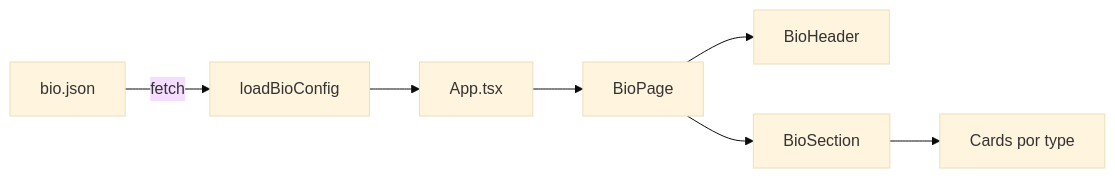
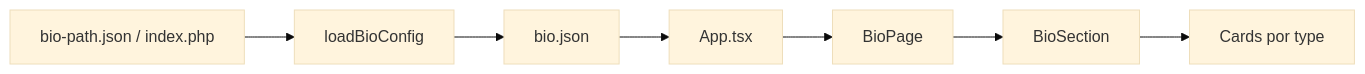
One commit to deyvidspindola/insta-bio changed the diagram in docs/PROJETO.md. Above: the diagram before and after it, drawn with Mermaid (base theme). The commit also changed other lines of this file and 161 other files, not shown here.

````diff
--- a/docs/PROJETO.md
+++ b/docs/PROJETO.md
@@ -189,9 +184,9 @@
 ```mermaid
 flowchart LR
-  A[bio.json] -->|fetch| B[loadBioConfig]
-  B --> C[App.tsx]
-  C --> D[BioPage]
-  D --> E[BioHeader]
-  D --> F[BioSection]
+  A[bio-path.json / index.php] --> B[loadBioConfig]
+  B --> C[bio.json]
+  C --> D[App.tsx]
+  D --> E[BioPage]
+  E --> F[BioSection]
   F --> G[Cards por type]
 ```
````
